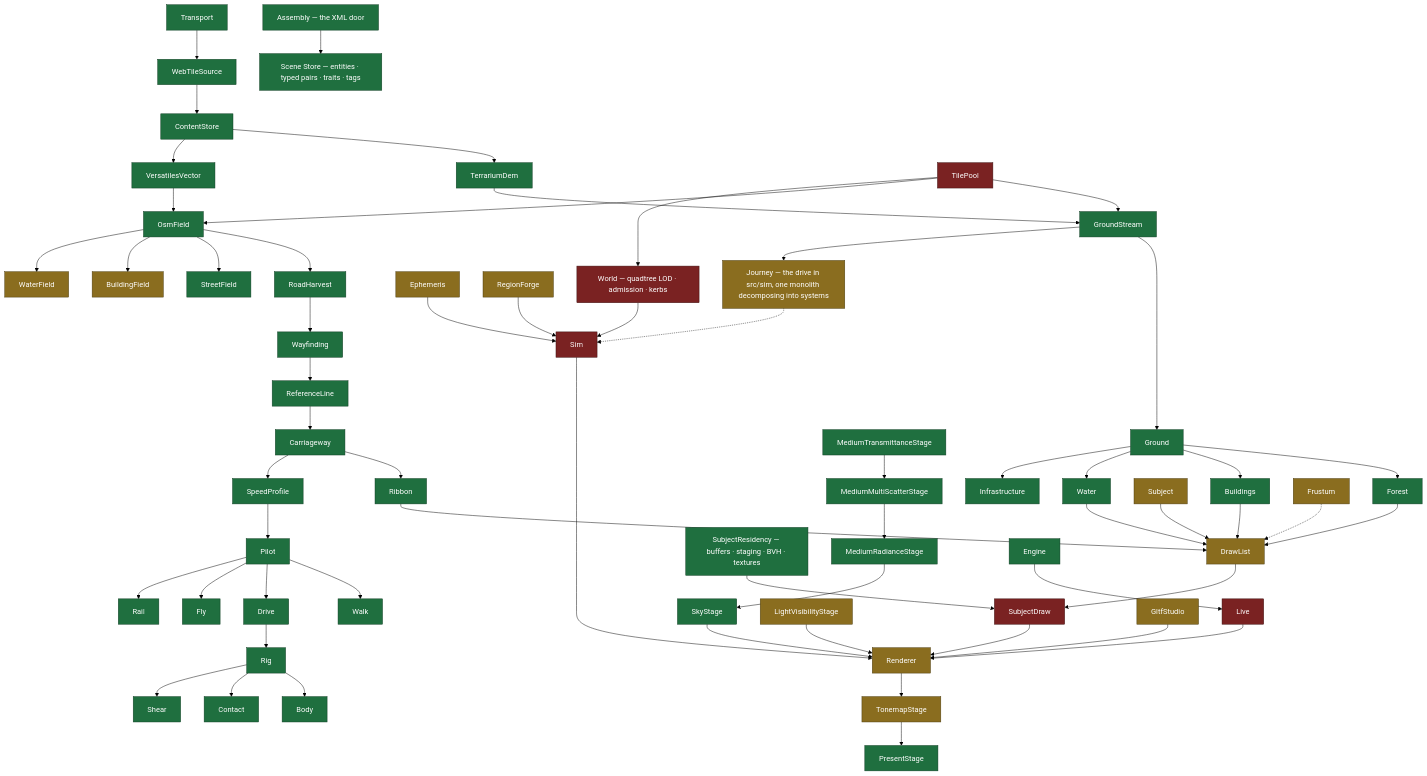
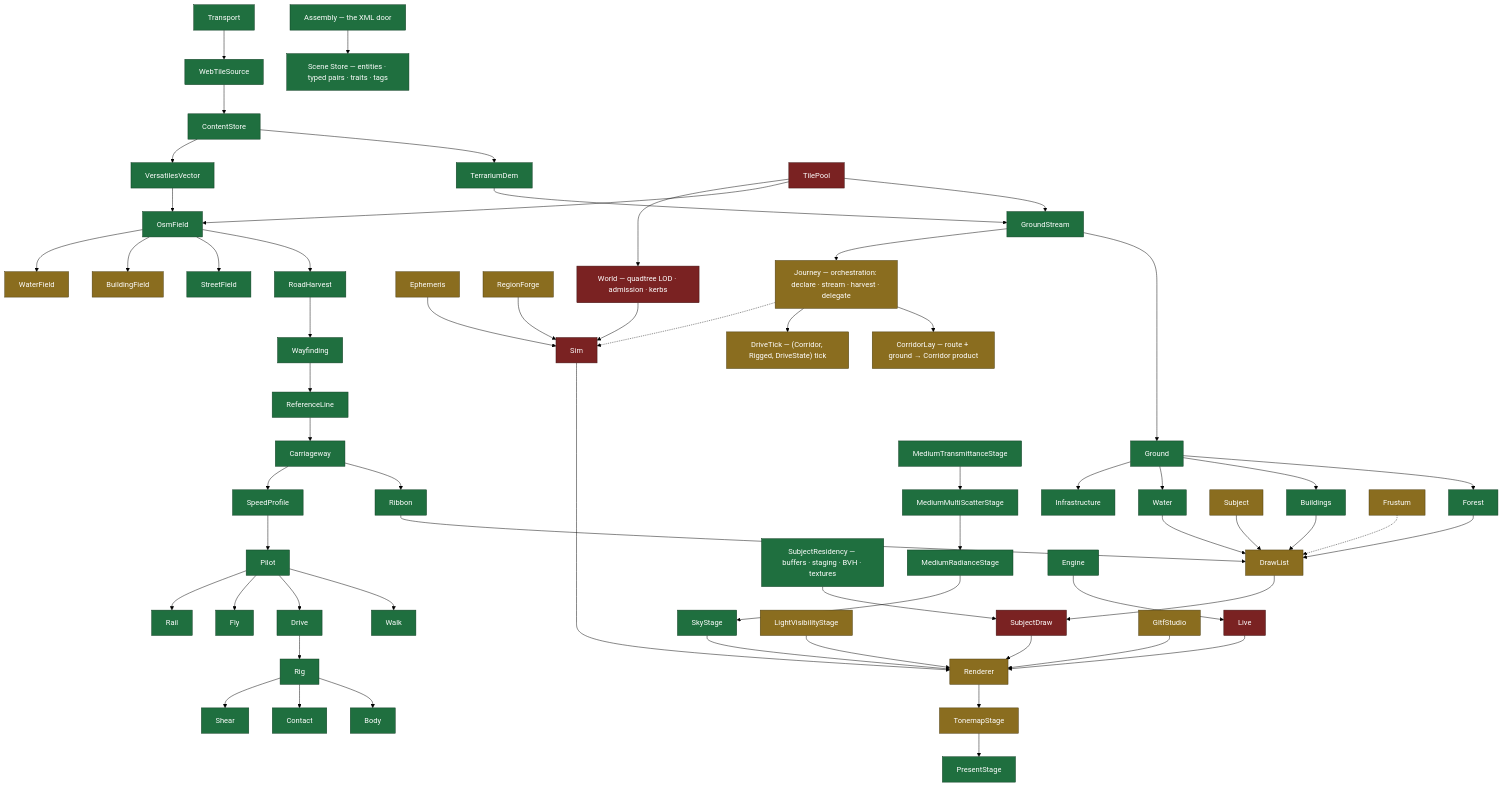
One commit to Weichwolf/outshine changed the sixth of 11 diagrams in CLAUDE.md. Above: the diagram before and after it, drawn with Mermaid (forest theme). The commit also changed other lines of this file, not shown here.

Commit message:
CLAUDE.md: the drive's decomposition stands on the map -- CorridorLay and DriveTick beside a shrunken Journey

````diff
--- a/CLAUDE.md
+++ b/CLAUDE.md
@@ -165,35 +165,37 @@
 ```mermaid
 flowchart TD
   Transport --> WebTileSource --> ContentStore --> TerrariumDem & VersatilesVector
   TerrariumDem --> GroundStream
   TilePool --> GroundStream & OsmField
   VersatilesVector --> OsmField --> RoadHarvest --> Wayfinding
   OsmField --> StreetField & BuildingField & WaterField
   GroundStream --> Ground --> Forest & Buildings & Water & Infrastructure
   Wayfinding --> ReferenceLine --> Carriageway --> Ribbon
   Carriageway --> SpeedProfile --> Pilot --> Walk & Drive & Fly & Rail
   Drive --> Rig --> Body
   Rig --> Contact & Shear
   Forest & Buildings & Water & Ribbon & Subject --> DrawList
   DrawList --> SubjectDraw --> Renderer
   SubjectResidency["SubjectResidency — buffers · staging · BVH · textures"] --> SubjectDraw
   MediumTransmittanceStage --> MediumMultiScatterStage --> MediumRadianceStage --> SkyStage --> Renderer
   LightVisibilityStage --> Renderer --> TonemapStage --> PresentStage
   Live --> Renderer
   Ephemeris & RegionForge --> Sim --> Renderer
   Frustum -.-> DrawList
   TilePool --> World["World — quadtree LOD · admission · kerbs"] --> Sim
-  GroundStream --> Journey["Journey — the drive in src/sim, one monolith decomposing into systems"]
+  GroundStream --> Journey["Journey — orchestration: declare · stream · harvest · delegate"]
+  Journey --> CorridorLay["CorridorLay — route + ground → Corridor product"]
+  Journey --> DriveTick["DriveTick — (Corridor, Rigged, DriveState) tick"]
   Journey -.-> Sim
   Engine --> Live
   GltfStudio --> Renderer
   Assembly["Assembly — the XML door"] --> SceneStore["Scene Store — entities · typed pairs · traits · tags"]
 
   classDef sound fill:#1f6f3f,stroke:#0d3b21,color:#fff
   classDef unsure fill:#8a6d1f,stroke:#4a3a0d,color:#fff
   classDef wrong fill:#7a2222,stroke:#3d1111,color:#fff
   class Transport,WebTileSource,ContentStore,TerrariumDem,VersatilesVector,GroundStream,OsmField,RoadHarvest,Wayfinding,StreetField,Ground,Forest,Buildings,Water,Infrastructure,ReferenceLine,Carriageway,Ribbon,SpeedProfile,Pilot,Walk,Drive,Fly,Rail,Rig,Body,Contact,Shear,MediumTransmittanceStage,MediumMultiScatterStage,MediumRadianceStage,SkyStage,PresentStage,Engine,SceneStore,Assembly,SubjectResidency sound
   class BuildingField,WaterField,Subject,DrawList,Renderer,TonemapStage,LightVisibilityStage,Frustum,Ephemeris,RegionForge,GltfStudio unsure
   class TilePool,World,SubjectDraw,Sim,Live wrong
-  class Journey unsure
+  class Journey,CorridorLay,DriveTick unsure
 ```
````
